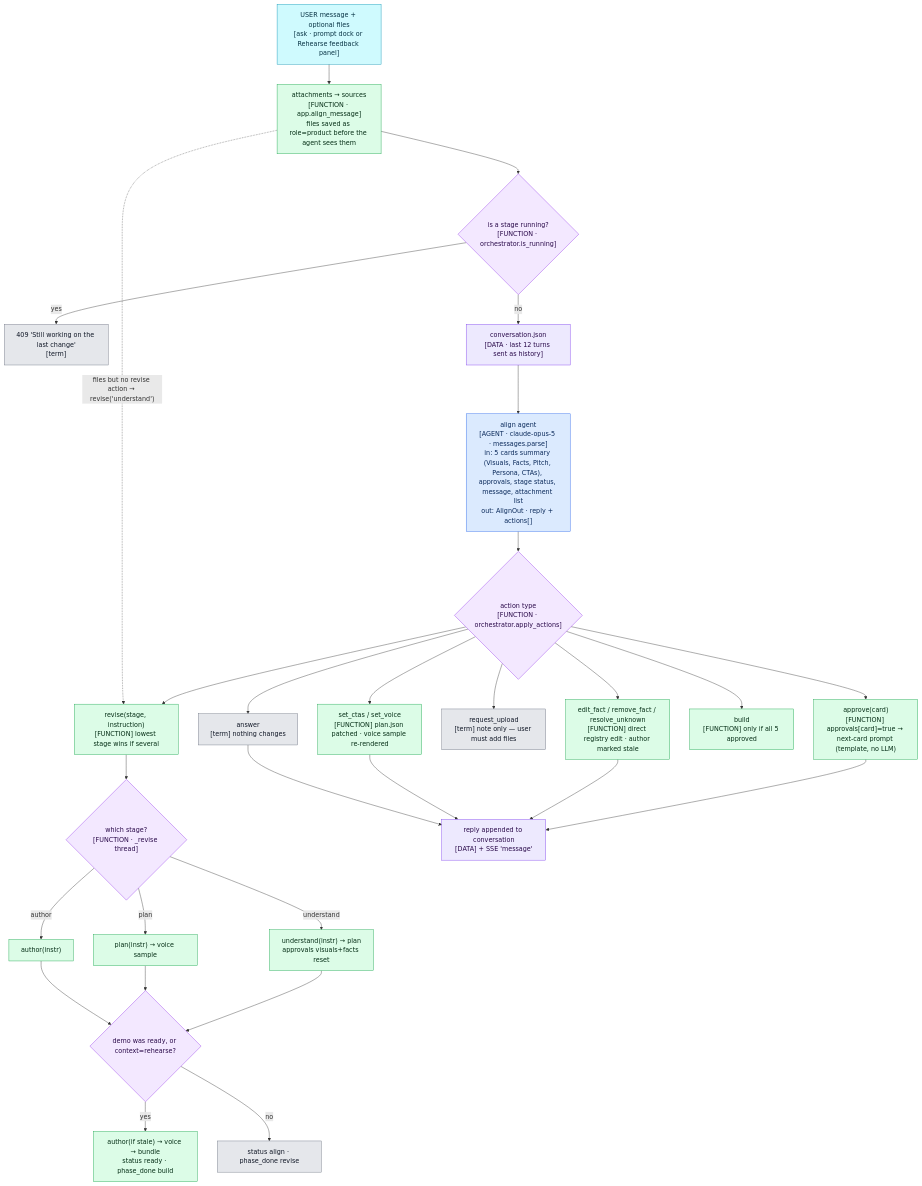
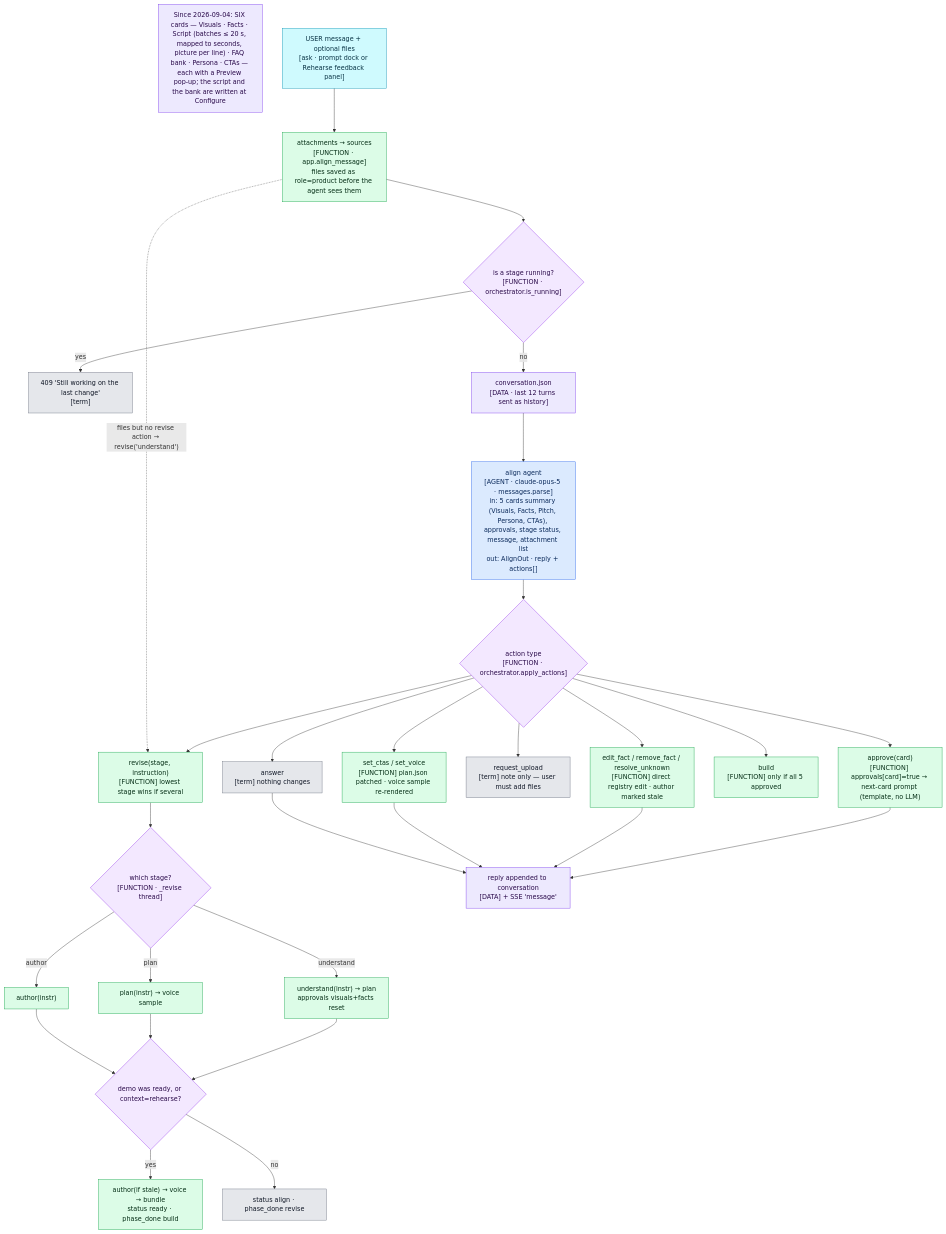
Before and after one commit to APareek89/demo-studio: the diagram in docs/mermaid/03-align.mmd, drawn with Mermaid. The commit also changed 29 other files, not shown here.

Commit message:
Script + FAQ bank at Align with Preview pop-ups and a seconds timeline; ≤20 s batches; runtime: recorded fillers, server-voiced custom batches, pre-voiced FAQ bank, never change voice; info→image map

```diff
--- a/docs/mermaid/03-align.mmd
+++ b/docs/mermaid/03-align.mmd
@@ -1,52 +1,53 @@
 %% 03 · Align loop — one prompt dock, one agent, structured actions
 flowchart TD
+  N6["Since 2026-09-04: SIX cards — Visuals · Facts · Script (batches ≤ 20 s, mapped to seconds, picture per line) · FAQ bank · Persona · CTAs — each with a Preview pop-up; the script and the bank are written at Configure"]:::data
   MSG["USER message + optional files<br/>[ask · prompt dock or Rehearse feedback panel]"]:::ask
   ATT["attachments → sources<br/>[FUNCTION · app.align_message]<br/>files saved as role=product before the agent sees them"]:::fn
   BUSY{"is a stage running?<br/>[FUNCTION · orchestrator.is_running]"}:::dec
   WAIT["409 'Still working on the last change'<br/>[term]"]:::term
   HIST["conversation.json<br/>[DATA · last 12 turns sent as history]"]:::data
   AGENT["align agent<br/>[AGENT · claude-opus-5 · messages.parse]<br/>in: 5 cards summary (Visuals, Facts, Pitch, Persona, CTAs), approvals, stage status, message, attachment list<br/>out: AlignOut · reply + actions[]"]:::agent
   APPLY{"action type<br/>[FUNCTION · orchestrator.apply_actions]"}:::dec
   A1["approve(card)<br/>[FUNCTION] approvals[card]=true → next-card prompt (template, no LLM)"]:::fn
   A2["edit_fact / remove_fact / resolve_unknown<br/>[FUNCTION] direct registry edit · author marked stale"]:::fn
   A3["set_ctas / set_voice<br/>[FUNCTION] plan.json patched · voice sample re-rendered"]:::fn
   A4["request_upload<br/>[term] note only — user must add files"]:::term
   A5["revise(stage, instruction)<br/>[FUNCTION] lowest stage wins if several"]:::fn
   A6["build<br/>[FUNCTION] only if all 5 approved"]:::fn
   A7["answer<br/>[term] nothing changes"]:::term
   REV{"which stage?<br/>[FUNCTION · _revise thread]"}:::dec
   R1["understand(instr) → plan<br/>approvals visuals+facts reset"]:::fn
   R2["plan(instr) → voice sample"]:::fn
   R3["author(instr)"]:::fn
   RB{"demo was ready, or context=rehearse?"}:::dec
   RBUILD["author(if stale) → voice → bundle<br/>status ready · phase_done build"]:::fn
   RALIGN["status align · phase_done revise"]:::term
   REPLY["reply appended to conversation<br/>[DATA] + SSE 'message'"]:::data
 
   MSG --> ATT --> BUSY
   BUSY -- "yes" --> WAIT
   BUSY -- "no" --> HIST --> AGENT --> APPLY
   APPLY --> A1
   APPLY --> A2
   APPLY --> A3
   APPLY --> A4
   APPLY --> A5 --> REV
   APPLY --> A6
   APPLY --> A7
   REV -- "understand" --> R1 --> RB
   REV -- "plan" --> R2 --> RB
   REV -- "author" --> R3 --> RB
   RB -- "yes" --> RBUILD
   RB -- "no" --> RALIGN
   A1 --> REPLY
   A2 --> REPLY
   A3 --> REPLY
   A7 --> REPLY
   ATT -.->|"files but no revise action → revise('understand')"| A5
 
   classDef agent fill:#dbeafe,stroke:#2563eb,color:#0b2a5b;
   classDef fn fill:#dcfce7,stroke:#16a34a,color:#052e16;
   classDef dec fill:#f3e8ff,stroke:#9333ea,color:#2a0a4a;
   classDef term fill:#e5e7eb,stroke:#6b7280,color:#111827;
   classDef ask fill:#cffafe,stroke:#0891b2,color:#083344;
   classDef data fill:#ede9fe,stroke:#7c3aed,color:#2a0a4a;
```
